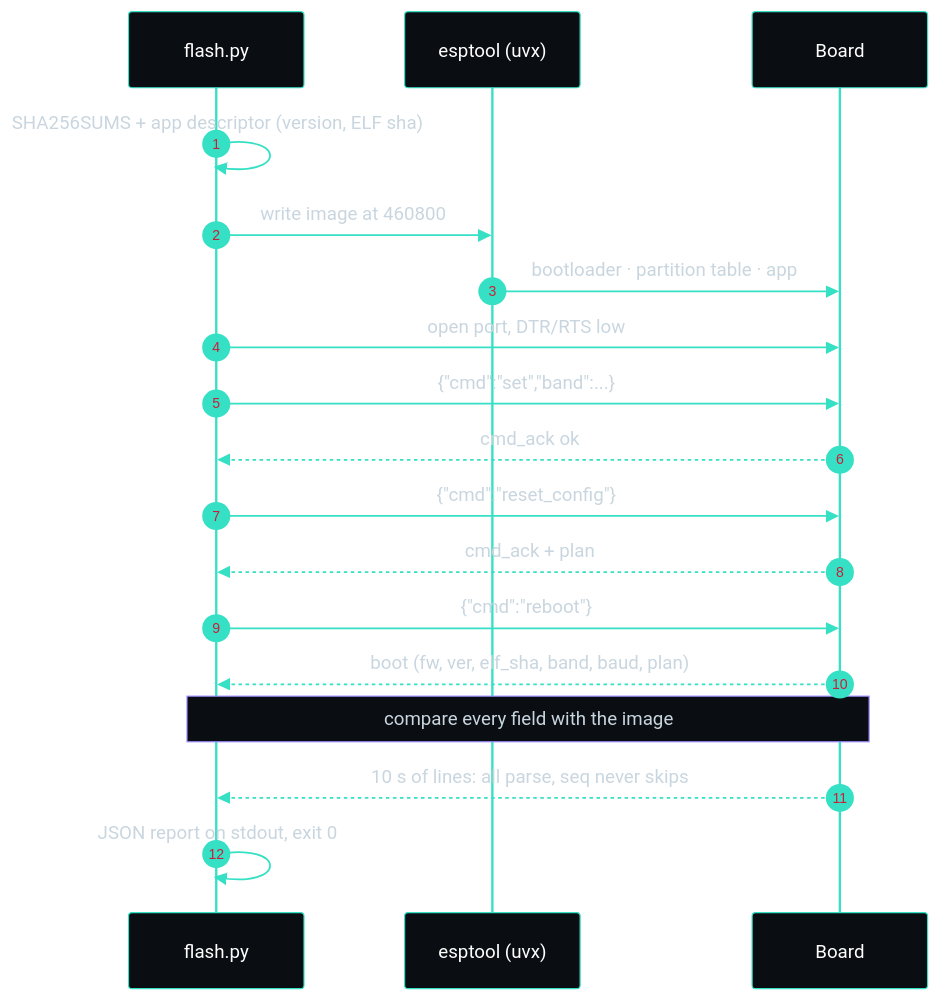
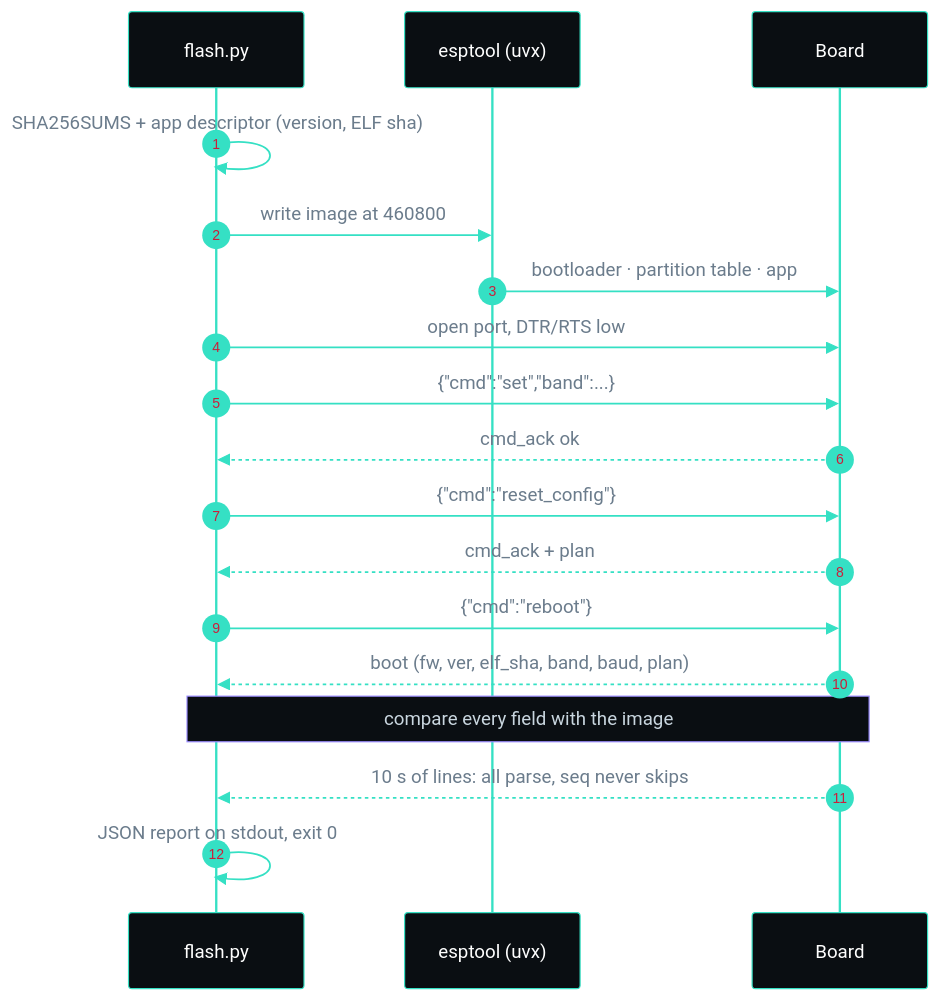
The second of 2 diagrams in docs/flashing.md (gurvinny/spectre), drawn with Mermaid before and after one commit. The commit also changed other lines of this file and 7 other files, not shown here.

Commit message:
docs: legible sequence text on light canvases, stack wide flowcharts

````diff
--- a/docs/flashing.md
+++ b/docs/flashing.md
@@ -142,46 +142,46 @@
 ```mermaid
 %%{init: {
   'theme': 'base',
   'themeVariables': {
     'primaryColor': '#0a0e12',
     'primaryTextColor': '#fff',
     'primaryBorderColor': '#35E0C4',
     'lineColor': '#35E0C4',
     'secondaryColor': '#0a0e12',
     'tertiaryColor': '#0a0e12',
     'actorBkg': '#0a0e12',
     'actorBorder': '#35E0C4',
     'actorTextColor': '#fff',
     'signalColor': '#35E0C4',
-    'signalTextColor': '#C9D6DF',
+    'signalTextColor': '#6B7C8C',
     'noteBkgColor': '#0a0e12',
     'noteBorderColor': '#9B8CFF',
     'noteTextColor': '#C9D6DF',
     'labelBoxBkgColor': '#0a0e12',
     'labelBoxBorderColor': '#9B8CFF',
     'labelTextColor': '#fff',
-    'loopTextColor': '#C9D6DF',
+    'loopTextColor': '#6B7C8C',
     'activationBkgColor': '#11171d',
     'activationBorderColor': '#35E0C4',
     'fontFamily': 'monospace'
   }
 }}%%
 sequenceDiagram
     autonumber
     participant T as flash.py
     participant E as esptool (uvx)
     participant B as Board
     T->>T: SHA256SUMS + app descriptor (version, ELF sha)
     T->>E: write image at 460800
     E->>B: bootloader · partition table · app
     T->>B: open port, DTR/RTS low
     T->>B: {"cmd":"set","band":...}
     B-->>T: cmd_ack ok
     T->>B: {"cmd":"reset_config"}
     B-->>T: cmd_ack + plan
     T->>B: {"cmd":"reboot"}
     B-->>T: boot (fw, ver, elf_sha, band, baud, plan)
     Note over T,B: compare every field with the image
     B-->>T: 10 s of lines: all parse, seq never skips
     T->>T: JSON report on stdout, exit 0
 ```
````
